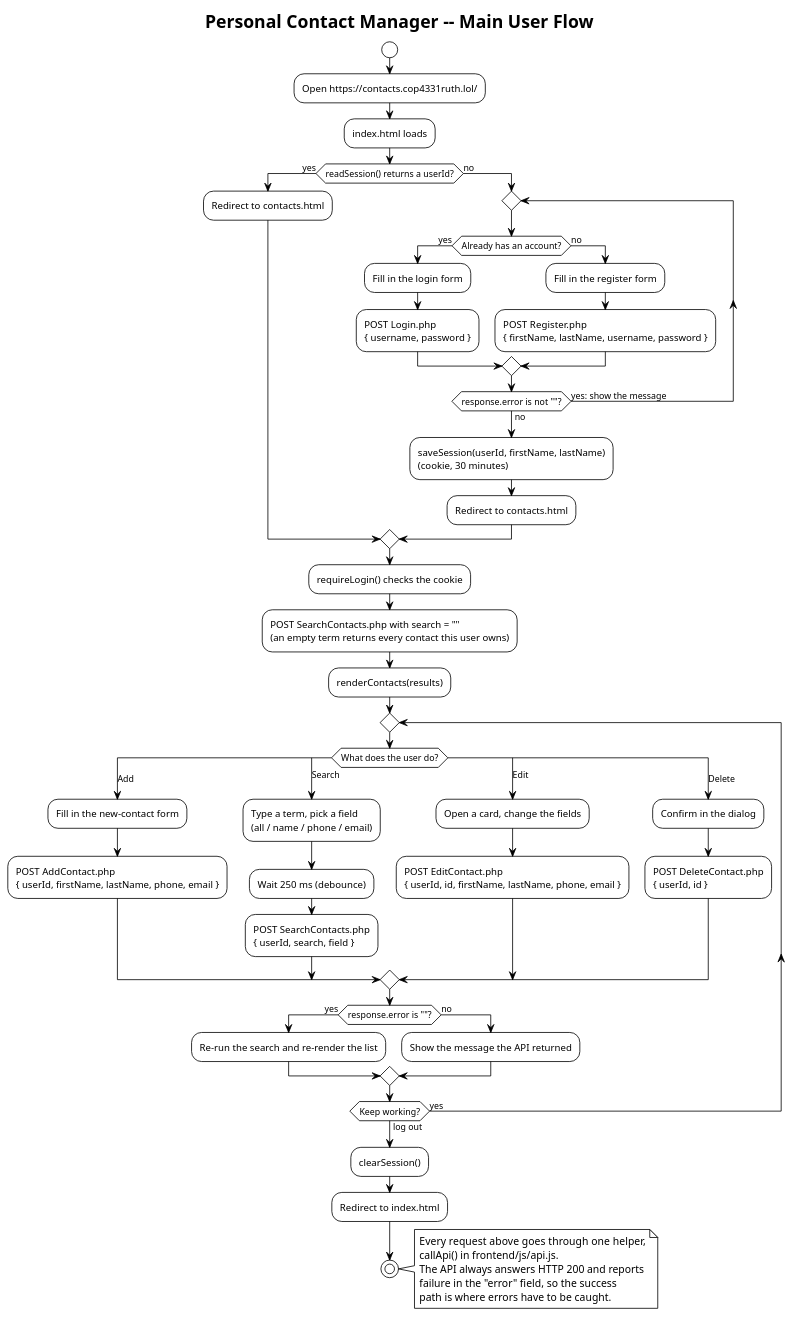
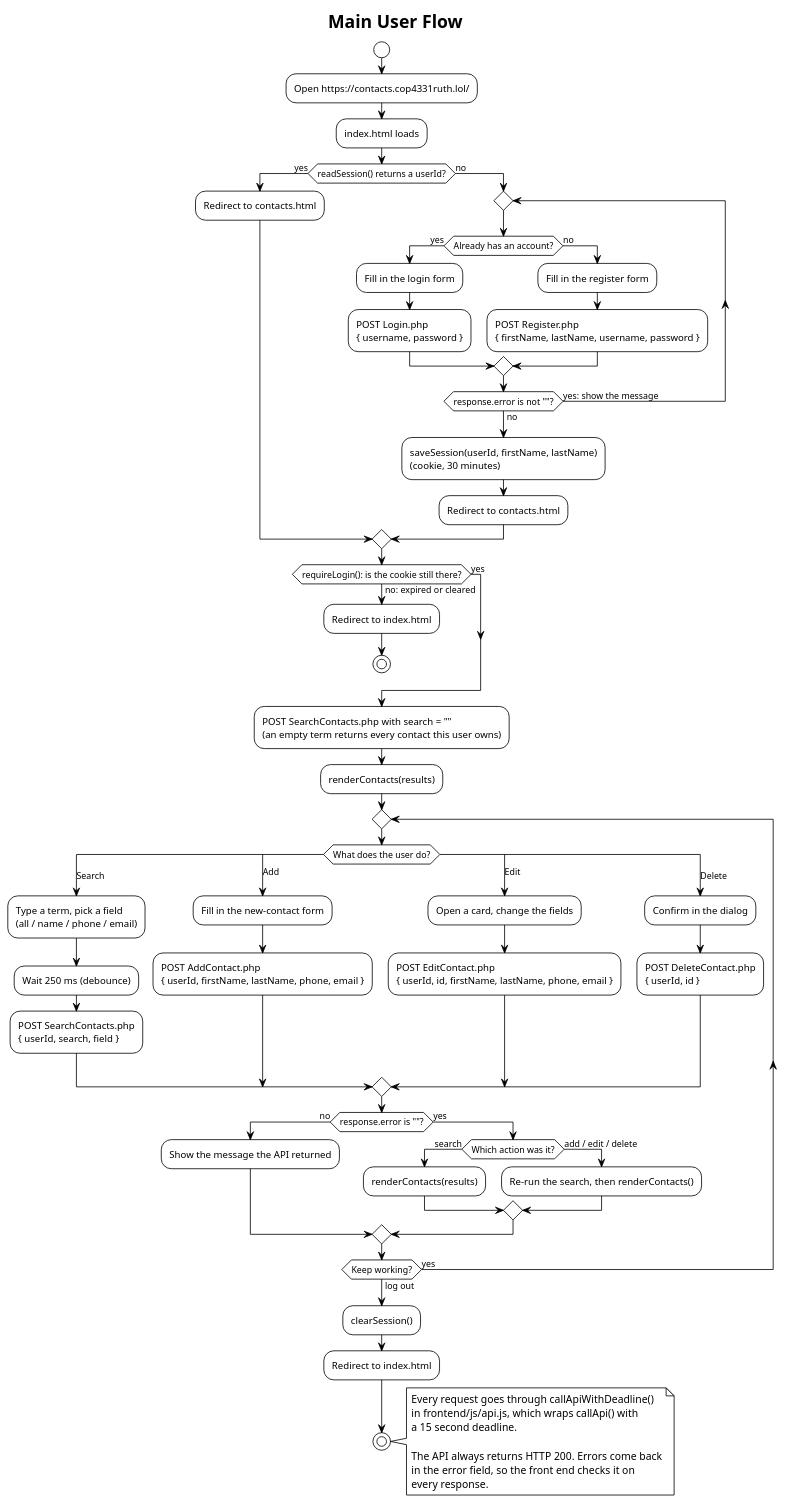
One commit to polter-dev/Poosd-Small-Project changed the diagram in docs/uml/activity.puml. Above: the diagram before and after it, drawn with PlantUML. The commit also changed 8 other files, not shown here.

```diff
--- a/docs/uml/activity.puml
+++ b/docs/uml/activity.puml
@@ -1,87 +1,98 @@
 @startuml activity
-' Personal Contact Manager -- activity diagram
+' Contact Manager -- activity diagram
 ' Mirrors the real flow in frontend/js/auth.js and frontend/js/contacts.js.
 
 !theme plain
 skinparam shadowing false
 skinparam ActivityBackgroundColor White
 skinparam ActivityBorderColor Black
 skinparam ActivityDiamondBackgroundColor White
 
-title Personal Contact Manager -- Main User Flow
+title Main User Flow
 
 start
 
 :Open https://contacts.cop4331ruth.lol/;
 :index.html loads;
 
 if (readSession() returns a userId?) then (yes)
   :Redirect to contacts.html;
 else (no)
 
   repeat
     if (Already has an account?) then (yes)
       :Fill in the login form;
       :POST Login.php
       { username, password };
     else (no)
       :Fill in the register form;
       :POST Register.php
       { firstName, lastName, username, password };
     endif
   repeat while (response.error is not ""?) is (yes: show the message) not (no)
 
   :saveSession(userId, firstName, lastName)
   (cookie, 30 minutes);
   :Redirect to contacts.html;
 endif
 
-:requireLogin() checks the cookie;
+if (requireLogin(): is the cookie still there?) then (no: expired or cleared)
+  :Redirect to index.html;
+  stop
+else (yes)
+endif
+
 :POST SearchContacts.php with search = ""
 (an empty term returns every contact this user owns);
 :renderContacts(results);
 
 repeat
   switch (What does the user do?)
-  case (Add)
-    :Fill in the new-contact form;
-    :POST AddContact.php
-    { userId, firstName, lastName, phone, email };
   case (Search)
     :Type a term, pick a field
     (all / name / phone / email);
     :Wait 250 ms (debounce);
     :POST SearchContacts.php
     { userId, search, field };
+  case (Add)
+    :Fill in the new-contact form;
+    :POST AddContact.php
+    { userId, firstName, lastName, phone, email };
   case (Edit)
     :Open a card, change the fields;
     :POST EditContact.php
     { userId, id, firstName, lastName, phone, email };
   case (Delete)
     :Confirm in the dialog;
     :POST DeleteContact.php
     { userId, id };
   endswitch
 
-  if (response.error is ""?) then (yes)
-    :Re-run the search and re-render the list;
-  else (no)
+  if (response.error is ""?) then (no)
     :Show the message the API returned;
+  else (yes)
+    if (Which action was it?) then (search)
+      :renderContacts(results);
+    else (add / edit / delete)
+      :Re-run the search, then renderContacts();
+    endif
   endif
 
 repeat while (Keep working?) is (yes) not (log out)
 
 :clearSession();
 :Redirect to index.html;
 
 stop
 
 note right
-  Every request above goes through one helper,
-  callApi() in frontend/js/api.js.
-  The API always answers HTTP 200 and reports
-  failure in the "error" field, so the success
-  path is where errors have to be caught.
+  Every request goes through callApiWithDeadline()
+  in frontend/js/api.js, which wraps callApi() with
+  a 15 second deadline.
+
+  The API always returns HTTP 200. Errors come back
+  in the error field, so the front end checks it on
+  every response.
 end note
 
 @enduml
```
